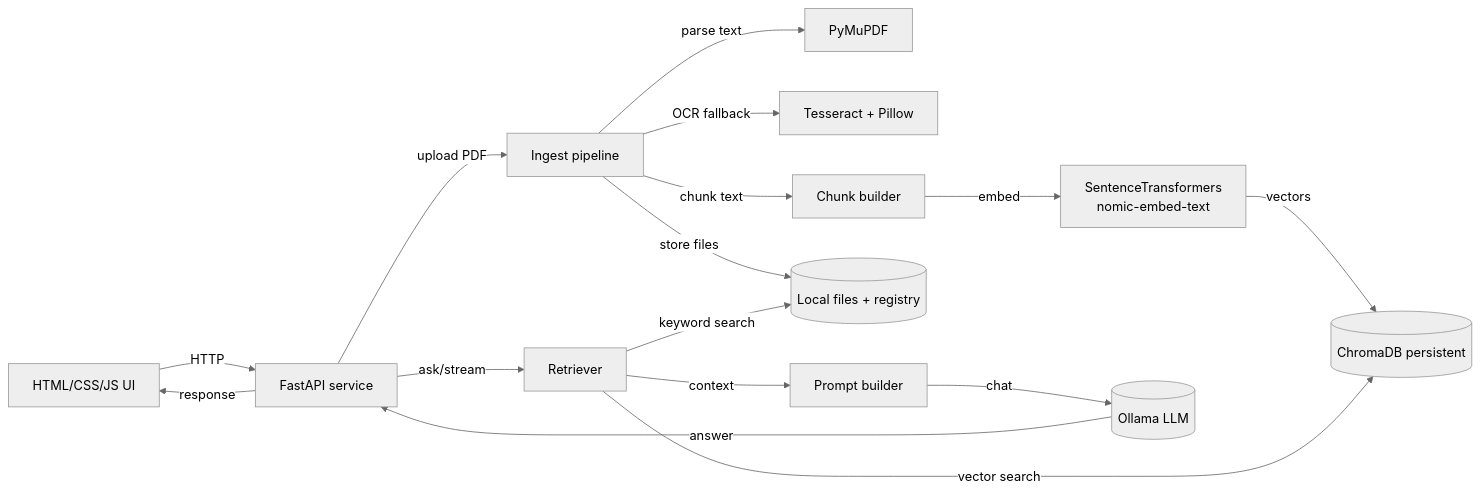
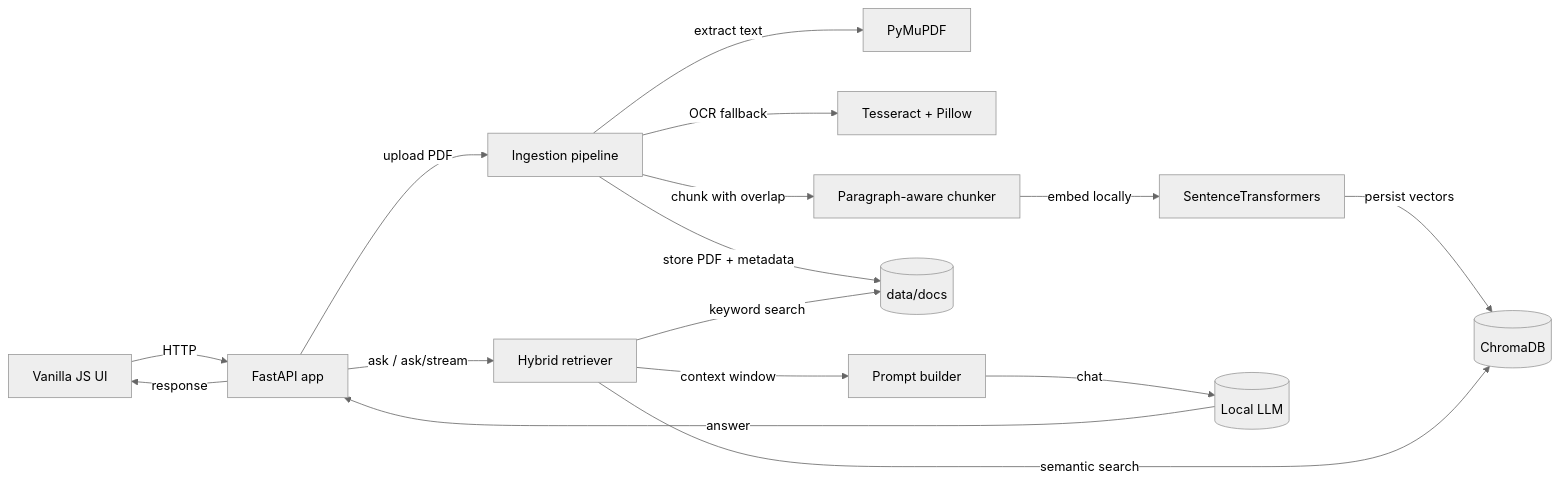
One commit to Anup806/local-letter-RAG changed the diagram in README.md. Above: the diagram before and after it, drawn with Mermaid (neutral theme). The commit also changed other lines of this file and 1 other file, not shown here.

````diff
--- a/README.md
+++ b/README.md
@@ -23,20 +38,20 @@
 ```mermaid
 flowchart LR
-	UI[HTML/CSS/JS UI] -->|HTTP| API[FastAPI service]
+		UI[Vanilla JS UI] -->|HTTP| API[FastAPI app]
 
-	API -->|upload PDF| Ingest[Ingest pipeline]
-	Ingest -->|parse text| PDF[PyMuPDF]
-	Ingest -->|OCR fallback| OCR[Tesseract + Pillow]
-	Ingest -->|chunk text| Chunker[Chunk builder]
-	Chunker -->|embed| Embedder[SentenceTransformers\nnomic-embed-text]
-	Embedder -->|vectors| Chroma[(ChromaDB persistent)]
-	Ingest -->|store files| Docs[(Local files + registry)]
+		API -->|upload PDF| Ingest[Ingestion pipeline]
+		Ingest -->|extract text| PDF[PyMuPDF]
+		Ingest -->|OCR fallback| OCR[Tesseract + Pillow]
+		Ingest -->|chunk with overlap| Chunker[Paragraph-aware chunker]
+		Chunker -->|embed locally| Embedder[SentenceTransformers]
+		Embedder -->|persist vectors| Chroma[(ChromaDB)]
+		Ingest -->|store PDF + metadata| Docs[(data/docs)]
 
-	API -->|ask/stream| Retrieve[Retriever]
-	Retrieve -->|vector search| Chroma
-	Retrieve -->|keyword search| Docs
-	Retrieve -->|context| Prompt[Prompt builder]
-	Prompt -->|chat| LLM[(Ollama LLM)]
-	LLM -->|answer| API
-	API -->|response| UI
+		API -->|ask / ask/stream| Retriever[Hybrid retriever]
+		Retriever -->|semantic search| Chroma
+		Retriever -->|keyword search| Docs
+		Retriever -->|context window| Prompt[Prompt builder]
+		Prompt -->|chat| Ollama[(Local LLM)]
+		Ollama -->|answer| API
+		API -->|response| UI
 ```
````
